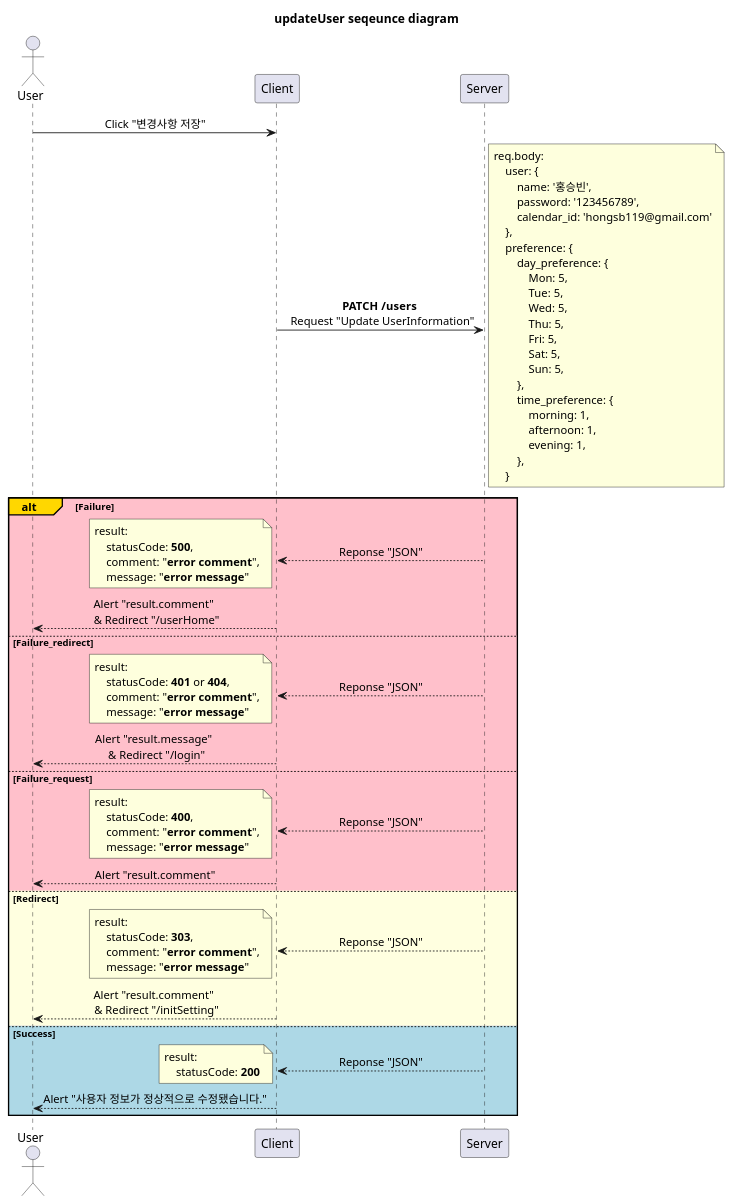
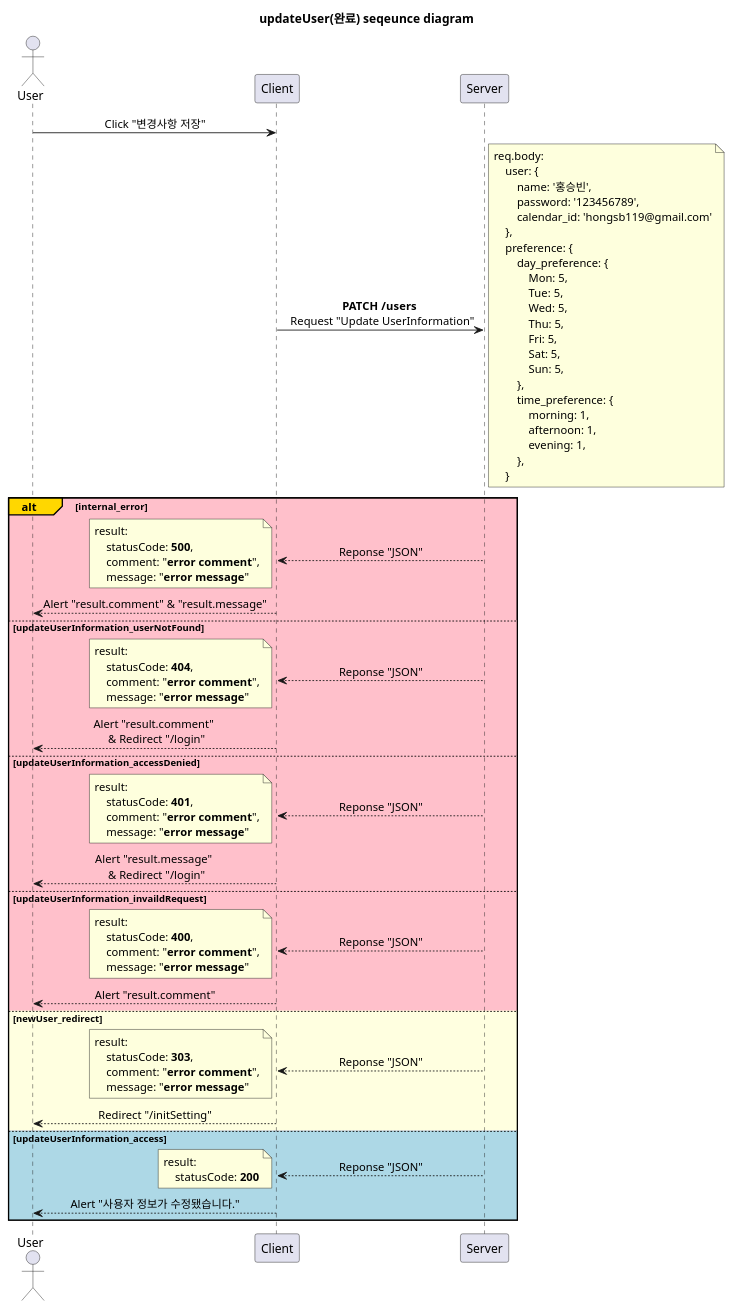
One commit to devSeungBin/SSCS changed the diagram in diagram/setting_page/updateUser.puml. Above: the diagram before and after it, drawn with PlantUML. The commit also changed 19 other files, not shown here.

```diff
--- a/diagram/setting_page/updateUser.puml
+++ b/diagram/setting_page/updateUser.puml
@@ -1,89 +1,109 @@
-@startuml updateUser
+@startuml updateUser(완료)
 'http://localhost:3000/setting
 
-title updateUser seqeunce diagram
+title updateUser(완료) seqeunce diagram
 
 skinparam SequenceMessageAlignment center
 
 participant Server order 30
 participant Client order 20
 actor User order 10
 
 User -> Client: Click "변경사항 저장"
 
 Client -> Server: **PATCH /users** \n Request "Update UserInformation"
 note right
     req.body:
         user: {
             name: '홍승빈',
             password: '123456789',
             calendar_id: 'hongsb119@gmail.com'
         },
         preference: {
             day_preference: {
                 Mon: 5,
                 Tue: 5,
                 Wed: 5,
                 Thu: 5,
                 Fri: 5,
                 Sat: 5,
                 Sun: 5,
             },
             time_preference: {
                 morning: 1,
                 afternoon: 1,
                 evening: 1,
             },
         }
 end note
 
-alt#Gold #Pink Failure
+alt#Gold #Pink internal_error
     Client <-- Server: Reponse "JSON"
     note left
         result:
             statusCode: **500**,
             comment: "**error comment**",
             message: "**error message**"
     end note
-    User <-- Client: Alert "result.comment" \n & Redirect "/userHome"
+    User <-- Client: Alert "result.comment" & "result.message"
 
-else #Pink Failure_redirect
+else #Pink updateUserInformation_userNotFound
     Client <-- Server: Reponse "JSON"
     note left
         result:
-            statusCode: **401** or **404**,
+            statusCode: **404**,
+            comment: "**error comment**",
+            message: "**error message**"
+    end note
+    User <-- Client: Alert "result.comment" \n & Redirect "/login"
+
+else #Pink updateUserInformation_accessDenied
+    Client <-- Server: Reponse "JSON"
+    note left
+        result:
+            statusCode: **401**,
             comment: "**error comment**",
             message: "**error message**"
     end note
     User <-- Client: Alert "result.message" \n & Redirect "/login"
 
-else #Pink Failure_request
+else #Pink updateUserInformation_invaildRequest
     Client <-- Server: Reponse "JSON"
     note left
         result:
             statusCode: **400**,
             comment: "**error comment**",
             message: "**error message**"
     end note
     User <-- Client: Alert "result.comment"
+    ' alt #Gray "선호도 형식이 올바르지 않습니다."
+    '     User <-- Client: Alert "result.comment"
 
-else #LightYellow Redirect
+    ' else #Gray "로컬 로그인으로 인증된 계정만 사용할 수 있습니다."
+    '     User <-- Client: Alert "result.comment"
+
+    ' else #Gray "소셜 로그인으로 인증된 계정만 사용할 수 있습니다."
+    '     User <-- Client: Alert "result.comment"
+
+    ' end
+
+else #LightYellow newUser_redirect
     Client <-- Server: Reponse "JSON"
     note left
         result:
             statusCode: **303**,
             comment: "**error comment**",
             message: "**error message**"
     end note
-    User <-- Client: Alert "result.comment" \n & Redirect "/initSetting"
+    User <-- Client: Redirect "/initSetting"
 
-else #LightBlue Success
+else #LightBlue updateUserInformation_access
     Client <-- Server: Reponse "JSON"
     note left
         result:
             statusCode: **200**
     end note
-    User <-- Client: Alert "사용자 정보가 정상적으로 수정됐습니다."
+    User <-- Client: Alert "사용자 정보가 수정됐습니다."
 end
 
 @enduml
```
